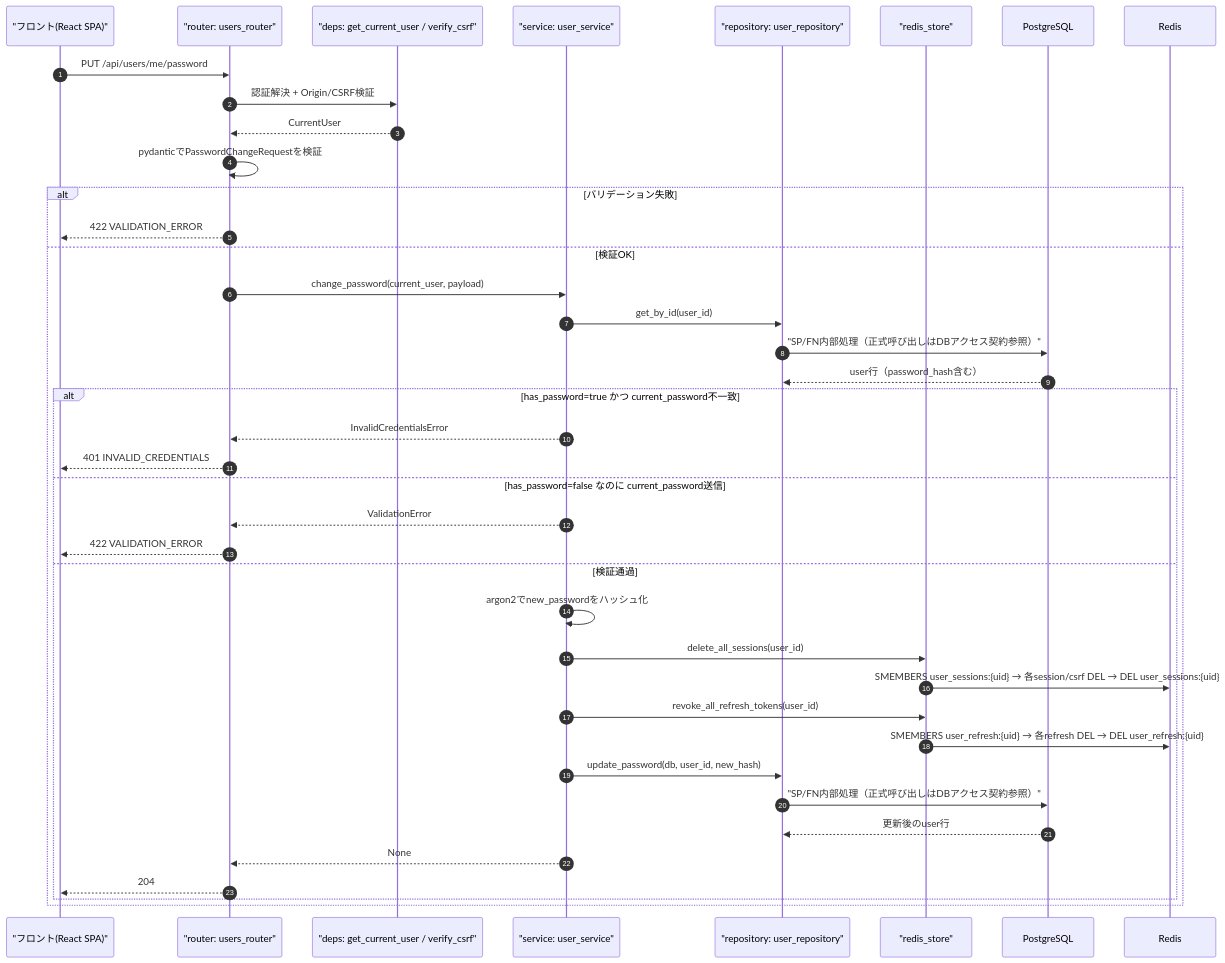
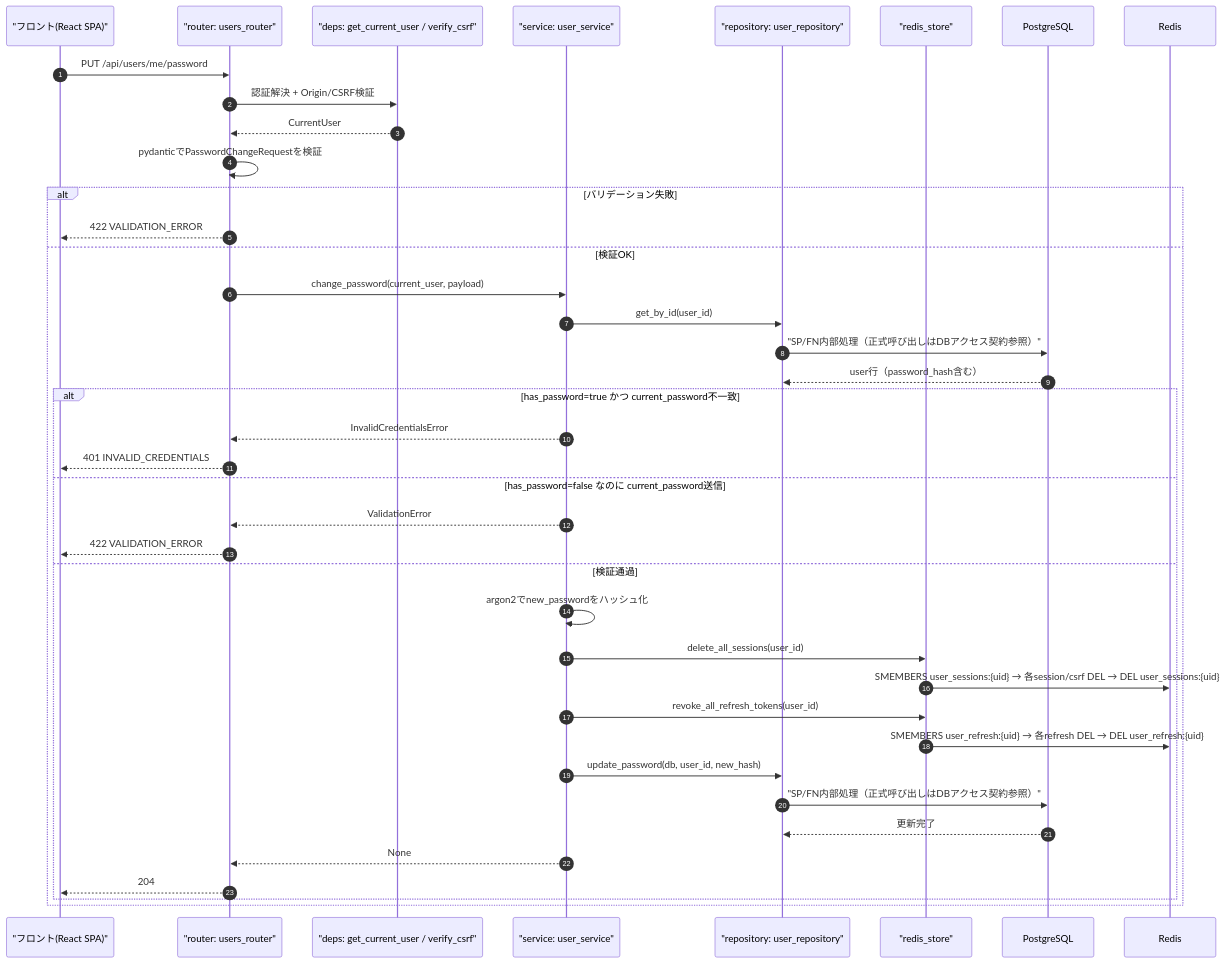
One commit to oikawa-d/task_management changed the first of 4 diagrams in docs/detailed_design/api/users/03_put_users_me_password.md. Above: the diagram before and after it, drawn with Mermaid. The commit also changed 1 other file, not shown here.

Commit message:
docs: パスワード更新の戻り値契約を明記

````diff
--- a/docs/detailed_design/api/users/03_put_users_me_password.md
+++ b/docs/detailed_design/api/users/03_put_users_me_password.md
@@ -82,43 +82,43 @@
 ```mermaid
 sequenceDiagram
     autonumber
     participant FE as "フロント(React SPA)"
     participant R as "router: users_router"
     participant DEP as "deps: get_current_user / verify_csrf"
     participant S as "service: user_service"
     participant URP as "repository: user_repository"
     participant RS as "redis_store"
     participant PG as PostgreSQL
     participant RD as Redis
 
     FE->>R: PUT /api/users/me/password
     R->>DEP: 認証解決 + Origin/CSRF検証
     DEP-->>R: CurrentUser
     R->>R: pydanticでPasswordChangeRequestを検証
     alt バリデーション失敗
         R-->>FE: 422 VALIDATION_ERROR
     else 検証OK
         R->>S: change_password(current_user, payload)
         S->>URP: get_by_id(user_id)
         URP->>PG: "SP/FN内部処理（正式呼び出しはDBアクセス契約参照）"
         PG-->>URP: user行（password_hash含む）
         alt has_password=true かつ current_password不一致
             S-->>R: InvalidCredentialsError
             R-->>FE: 401 INVALID_CREDENTIALS
         else has_password=false なのに current_password送信
             S-->>R: ValidationError
             R-->>FE: 422 VALIDATION_ERROR
         else 検証通過
             S->>S: argon2でnew_passwordをハッシュ化
             S->>RS: delete_all_sessions(user_id)
             RS->>RD: SMEMBERS user_sessions:{uid} → 各session/csrf DEL → DEL user_sessions:{uid}
             S->>RS: revoke_all_refresh_tokens(user_id)
             RS->>RD: SMEMBERS user_refresh:{uid} → 各refresh DEL → DEL user_refresh:{uid}
             S->>URP: update_password(db, user_id, new_hash)
             URP->>PG: "SP/FN内部処理（正式呼び出しはDBアクセス契約参照）"
-            PG-->>URP: 更新後のuser行
+            PG-->>URP: 更新完了
             S-->>R: None
             R-->>FE: 204
         end
     end
 ```
````
